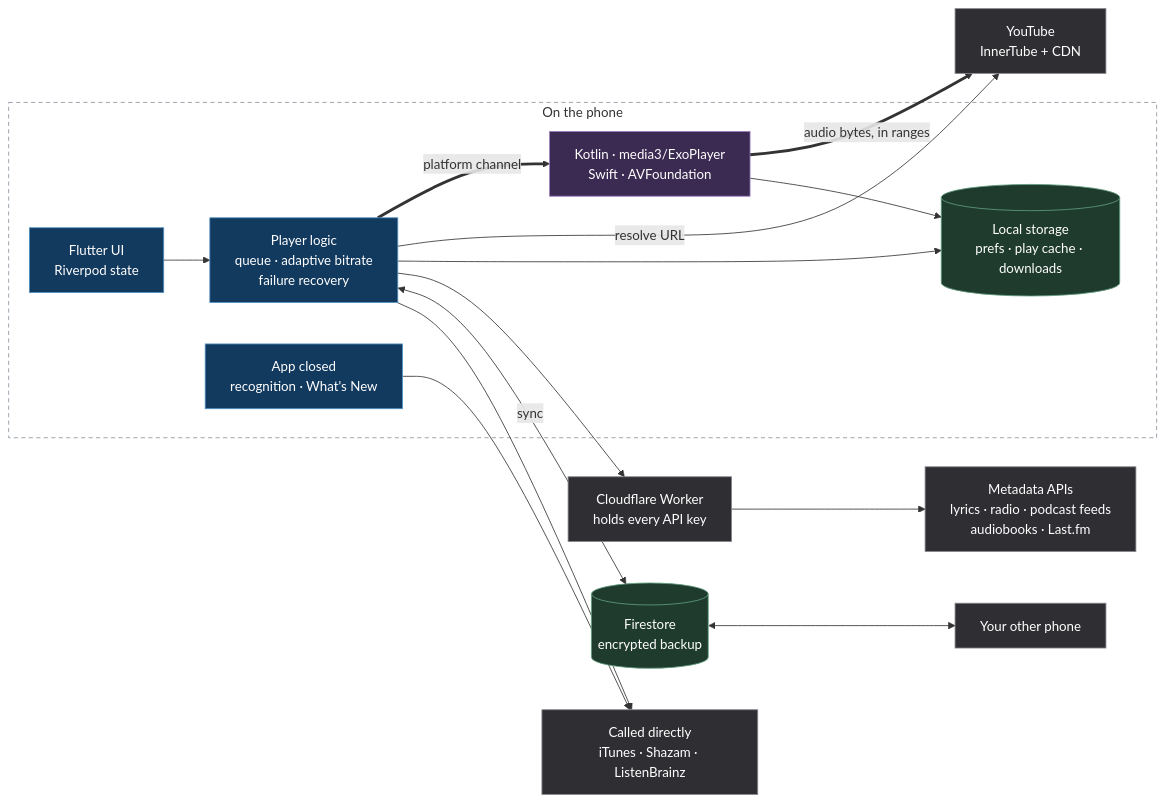
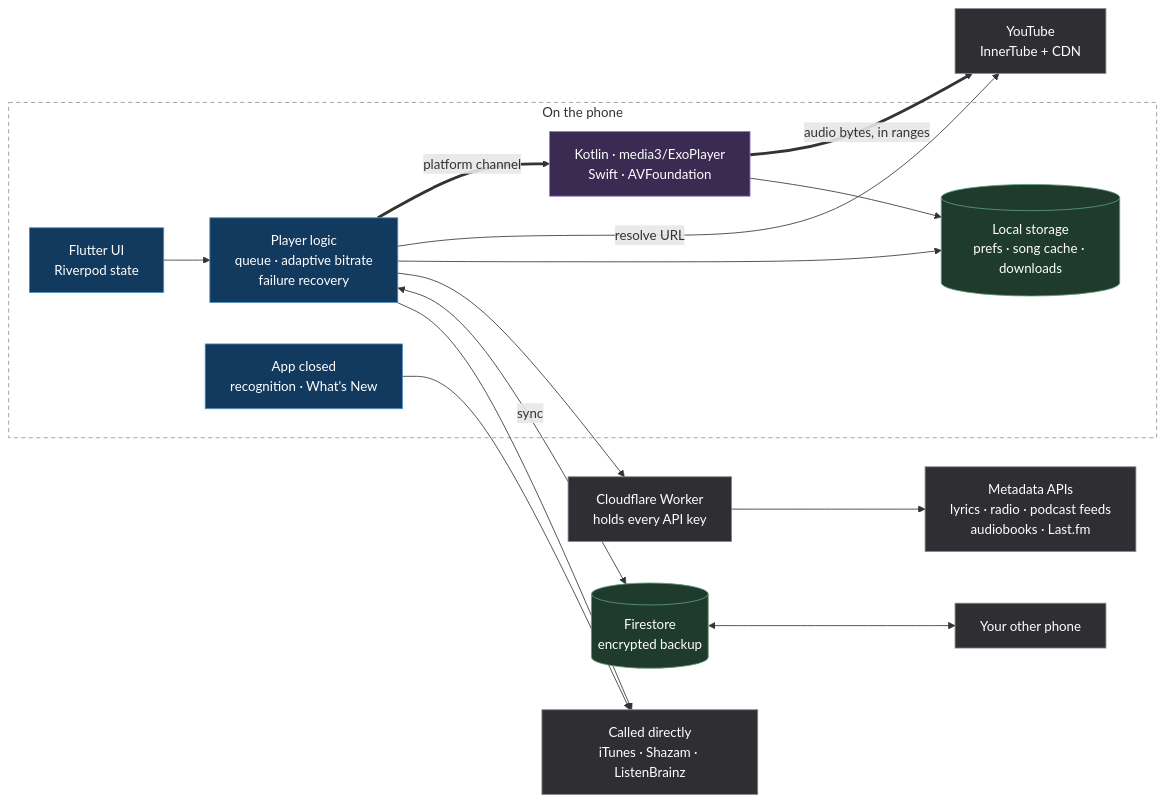
One commit to AKDontMiss/Auvy changed the diagram in README.md. Above: the diagram before and after it, drawn with Mermaid. The commit also changed other lines of this file and 120 other files, not shown here.

````diff
--- a/README.md
+++ b/README.md
@@ -97,40 +97,40 @@
 ```mermaid
 flowchart LR
     subgraph phone["On the phone"]
         ui["Flutter UI<br/>Riverpod state"]
         logic["Player logic<br/>queue · adaptive bitrate<br/>failure recovery"]
         native["Kotlin · media3/ExoPlayer<br/>Swift · AVFoundation"]
         bg["App closed<br/>recognition · What's New"]
-        disk[("Local storage<br/>prefs · play cache · downloads")]
+        disk[("Local storage<br/>prefs · song cache · downloads")]
     end
 
     yt["YouTube<br/>InnerTube + CDN"]
     worker["Cloudflare Worker<br/>holds every API key"]
     meta["Metadata APIs<br/>lyrics · radio · podcast feeds<br/>audiobooks · Last.fm"]
     fire[("Firestore<br/>encrypted backup")]
     other["Your other phone"]
     direct["Called directly<br/>iTunes · Shazam · ListenBrainz"]
 
     ui --> logic
     logic ==>|"platform channel"| native
     native ==>|"audio bytes, in ranges"| yt
     logic -->|"resolve URL"| yt
     native --> disk
     logic --> disk
     logic --> worker
     worker --> meta
     logic <-->|"sync"| fire
     fire <--> other
     logic --> direct
     bg --> direct
 
     classDef dart fill:#12395e,stroke:#4f8fc0,color:#fff
     classDef kt fill:#3b2b52,stroke:#9b7cc0,color:#fff
     classDef store fill:#1f3b2e,stroke:#5f9c7d,color:#fff
     classDef ext fill:#2f2f33,stroke:#84848c,color:#fff
     class ui,logic,bg dart
     class native kt
     class disk,fire store
     class yt,worker,meta,direct,other ext
     style phone fill:none,stroke:#8b949e,stroke-dasharray:5 4
 ```
````
